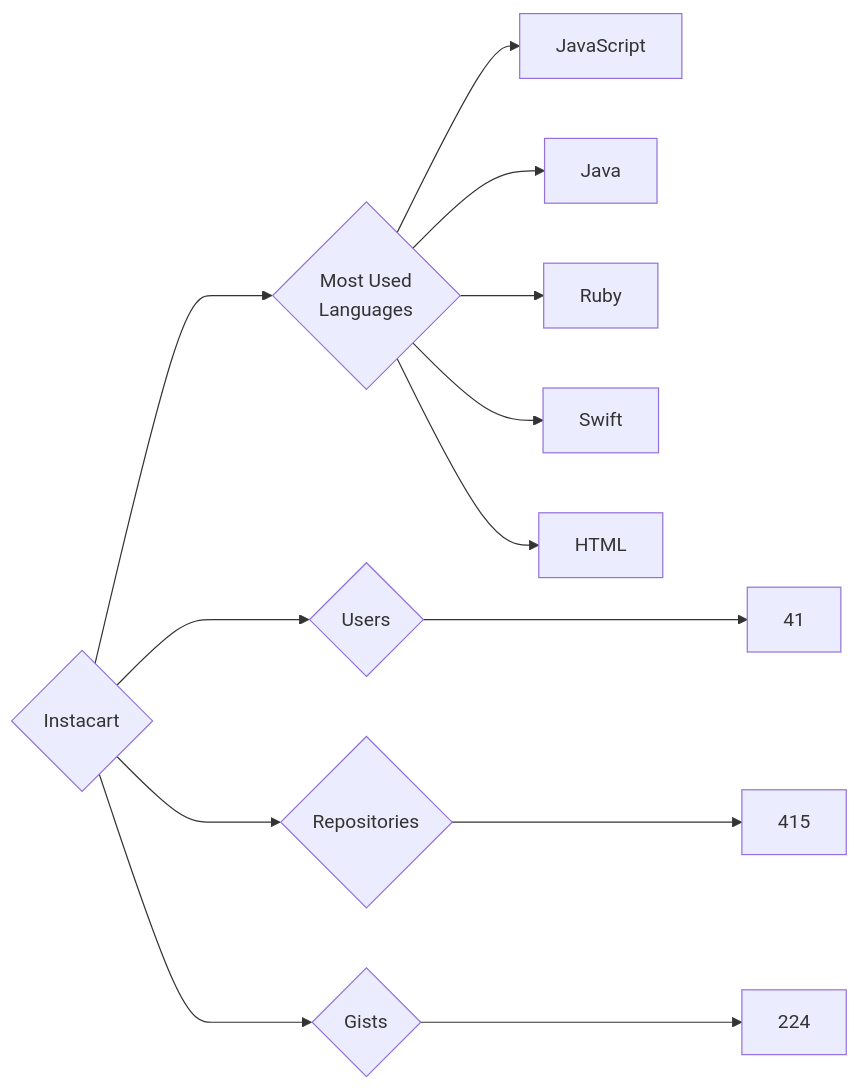
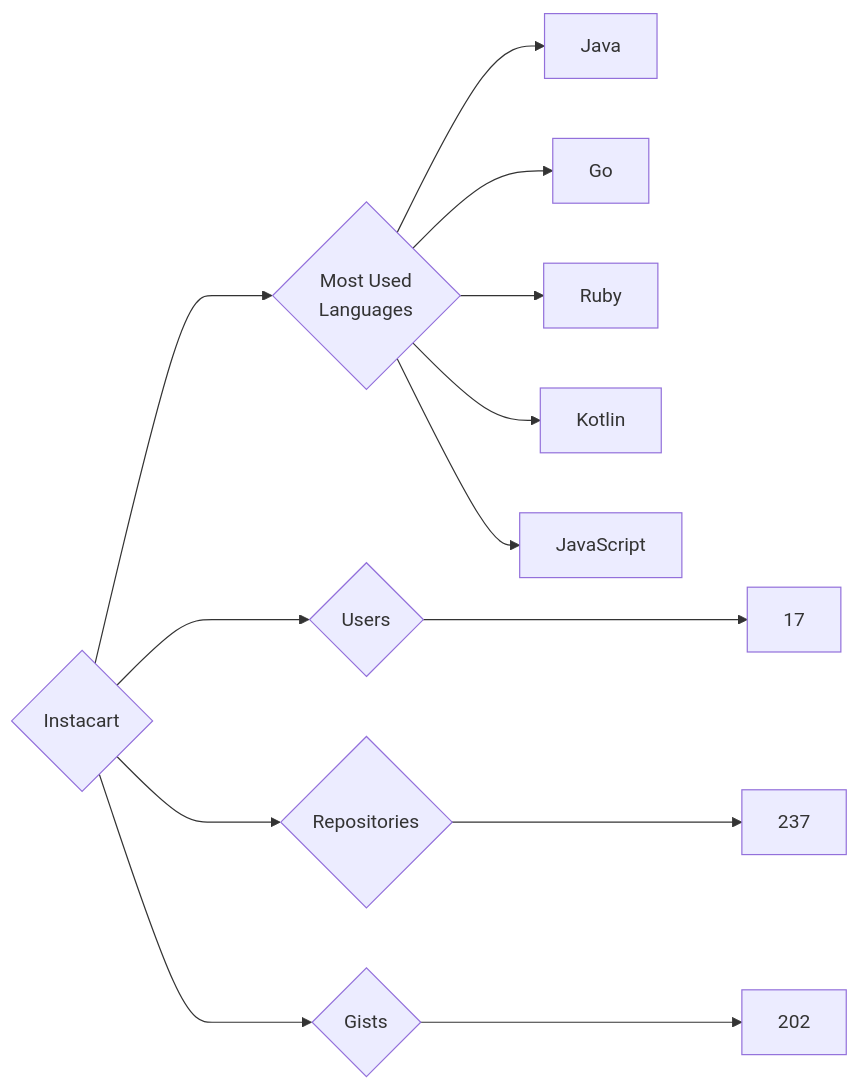
Before and after one commit to trickest/insiders: the diagram in targets/Instacart/README.md, drawn with Mermaid. The commit also changed 777 other files, not shown here.

````diff
--- a/targets/Instacart/README.md
+++ b/targets/Instacart/README.md
@@ -3,13 +3,13 @@
 ```mermaid
 graph LR
 COMPANY_NAME{Instacart}
-COMPANY_NAME ---> U{Users} ---> UN[41]
-COMPANY_NAME ---> R{Repositories} ---> RN[415]
-COMPANY_NAME ---> G{Gists} ---> GN[224]
+COMPANY_NAME ---> U{Users} ---> UN[17]
+COMPANY_NAME ---> R{Repositories} ---> RN[237]
+COMPANY_NAME ---> G{Gists} ---> GN[202]
 COMPANY_NAME ---> ML{Most Used<br>Languages}
+ML --> Java[Java]
+ML --> Go[Go]
+ML --> Ruby[Ruby]
+ML --> Kotlin[Kotlin]
 ML --> JavaScript[JavaScript]
-ML --> Java[Java]
-ML --> Ruby[Ruby]
-ML --> Swift[Swift]
-ML --> HTML[HTML]
 ```
````
